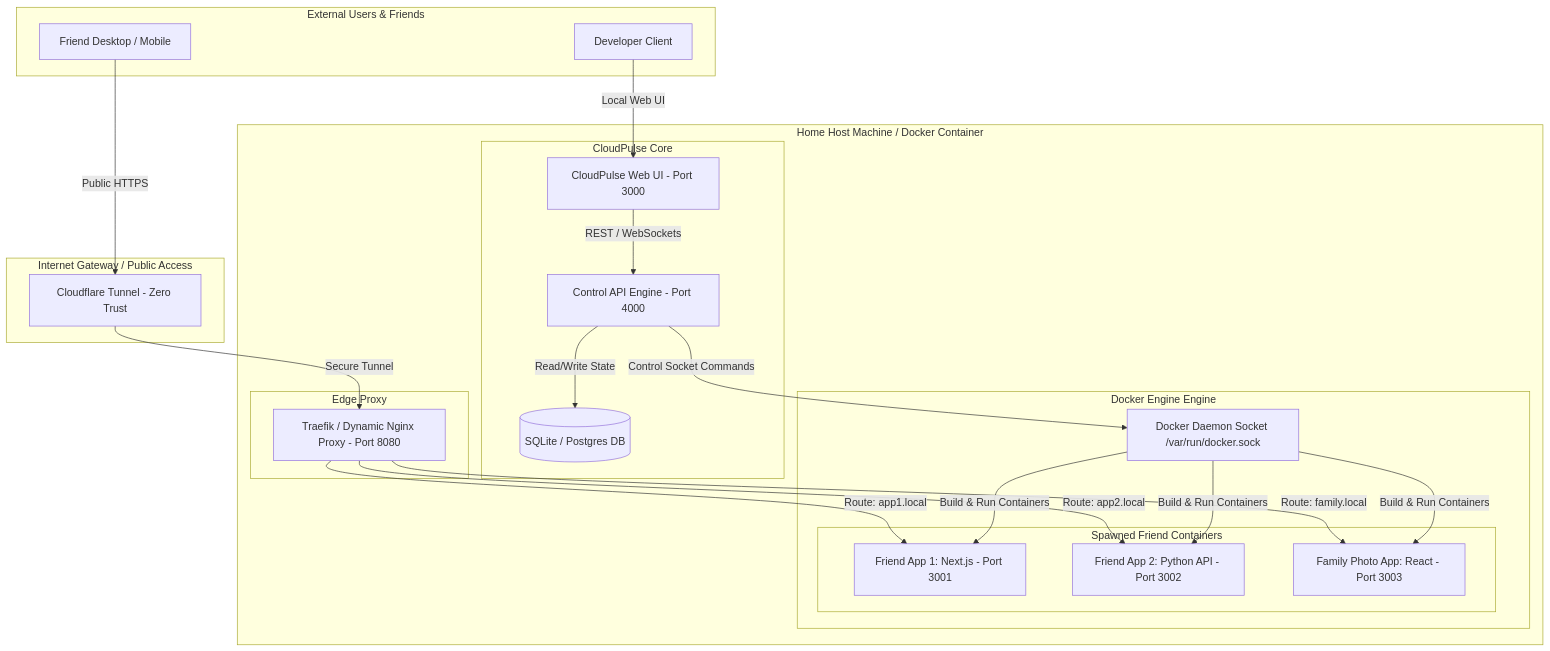
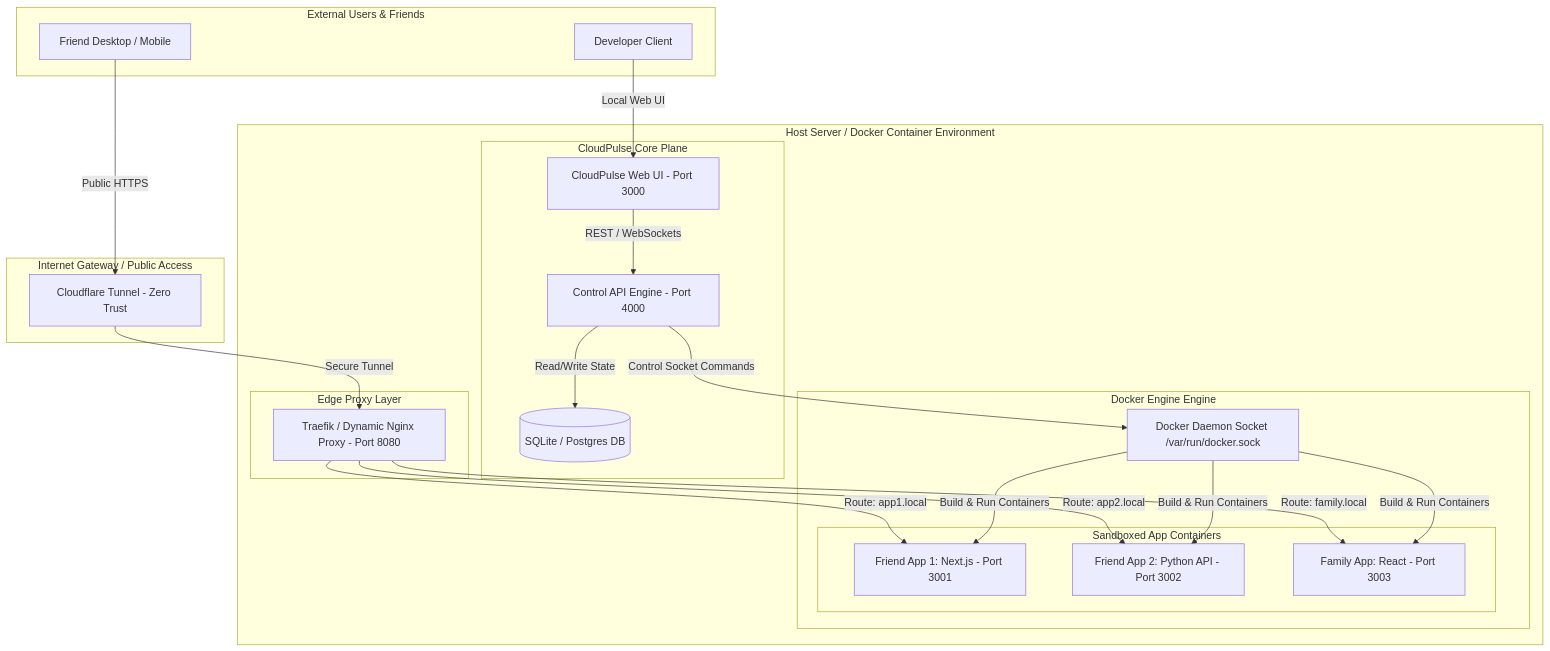
The second of 3 diagrams in CloudPulse/PDR_ARCHITECTURE.md (HimanshuKumarShahi/Docker_Projects), drawn with Mermaid before and after one commit. The commit also changed other lines of this file, not shown here.

````diff
--- a/CloudPulse/PDR_ARCHITECTURE.md
+++ b/CloudPulse/PDR_ARCHITECTURE.md
@@ -90,47 +90,47 @@
 ```mermaid
 flowchart TD
     subgraph External Users & Friends
         F1[Friend Desktop / Mobile]
         F2[Developer Client]
     end
 
     subgraph Internet Gateway / Public Access
         CF[Cloudflare Tunnel - Zero Trust]
     end
 
-    subgraph Home Host Machine / Docker Container
-        subgraph Edge Proxy
+    subgraph Host Server / Docker Container Environment
+        subgraph Edge Proxy Layer
             TR[Traefik / Dynamic Nginx Proxy - Port 8080]
         end
 
-        subgraph CloudPulse Core
+        subgraph CloudPulse Core Plane
             UI[CloudPulse Web UI - Port 3000]
             API[Control API Engine - Port 4000]
             DB[(SQLite / Postgres DB)]
         end
 
         subgraph Docker Engine Engine
             DE[Docker Daemon Socket /var/run/docker.sock]
             
-            subgraph Spawned Friend Containers
+            subgraph Sandboxed App Containers
                 C1[Friend App 1: Next.js - Port 3001]
                 C2[Friend App 2: Python API - Port 3002]
-                C3[Family Photo App: React - Port 3003]
+                C3[Family App: React - Port 3003]
             end
         end
     end
 
     F1 -->|Public HTTPS| CF
     F2 -->|Local Web UI| UI
     CF -->|Secure Tunnel| TR
     TR -->|Route: app1.local| C1
     TR -->|Route: app2.local| C2
     TR -->|Route: family.local| C3
 
     UI -->|REST / WebSockets| API
     API -->|Read/Write State| DB
     API -->|Control Socket Commands| DE
     DE -->|Build & Run Containers| C1
     DE -->|Build & Run Containers| C2
     DE -->|Build & Run Containers| C3
 ```
````
